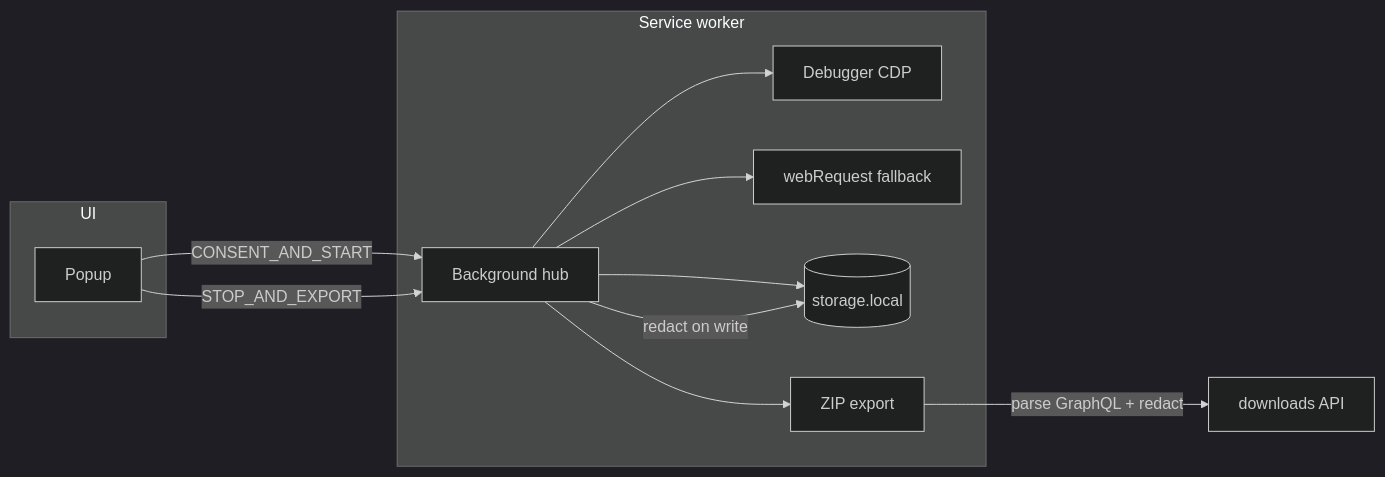
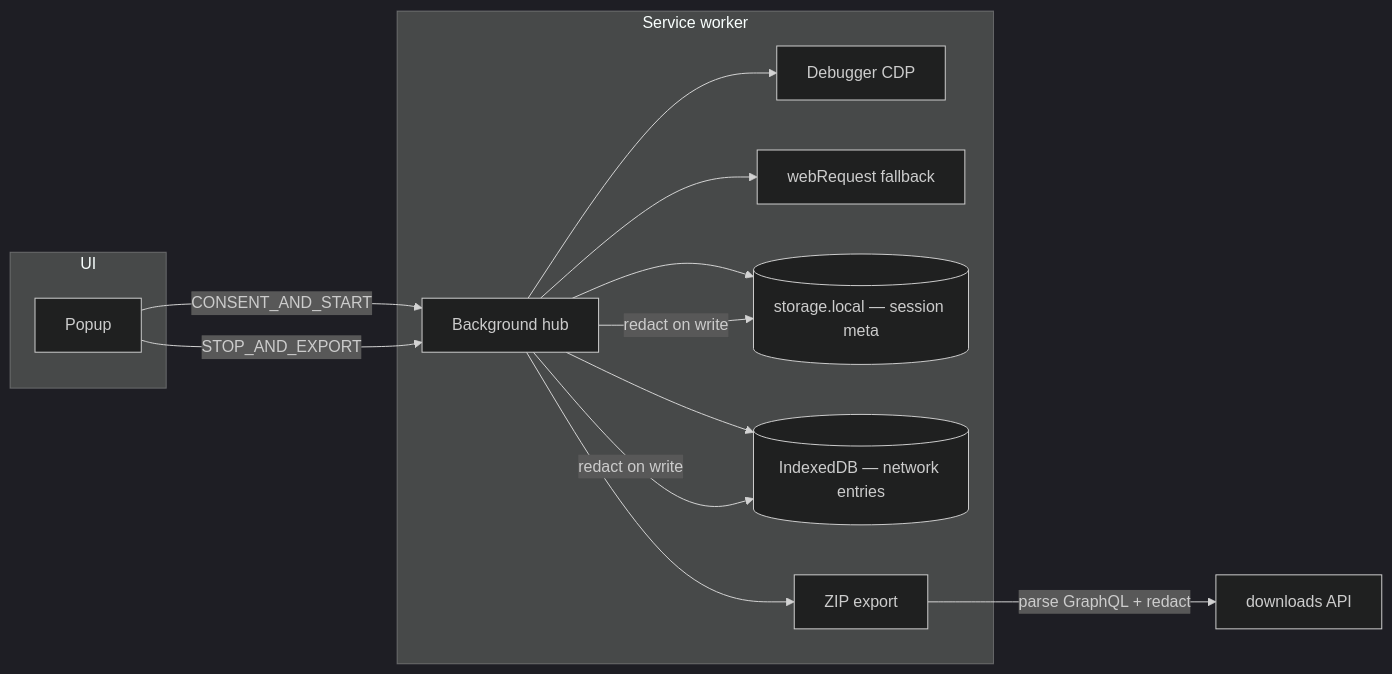
The first of 2 diagrams in docs/architecture.md (bryanbeltran/browser-listener), drawn with Mermaid (dark theme) before and after one commit. The commit also changed other lines of this file and 13 other files, not shown here.

First line of the commit message:
feat(persistence): move network log to IndexedDB

````diff
--- a/docs/architecture.md
+++ b/docs/architecture.md
@@ -7,22 +7,25 @@
 ```mermaid
 flowchart LR
   subgraph ui [UI]
     Popup[Popup]
   end
   subgraph sw [Service worker]
     BG[Background hub]
     CDP[Debugger CDP]
     WR[webRequest fallback]
-    Store[(storage.local)]
+    Meta[(storage.local — session meta)]
+    IDB[(IndexedDB — network entries)]
     Export[ZIP export]
   end
 
   Popup -->|CONSENT_AND_START| BG
   BG --> CDP
   BG --> WR
-  BG --> Store
-  BG -->|redact on write| Store
+  BG --> Meta
+  BG --> IDB
+  BG -->|redact on write| Meta
+  BG -->|redact on write| IDB
   Popup -->|STOP_AND_EXPORT| BG
   BG --> Export
   Export -->|parse GraphQL + redact| Download[downloads API]
 ```
````
